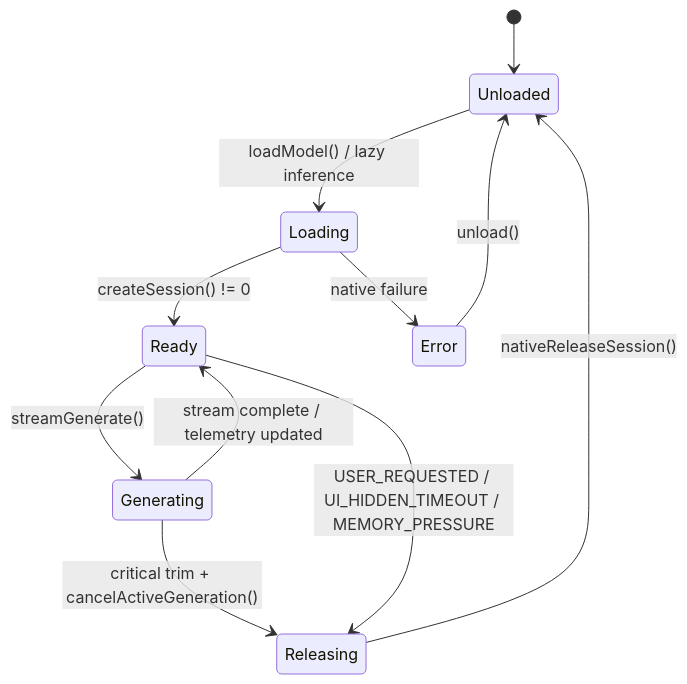
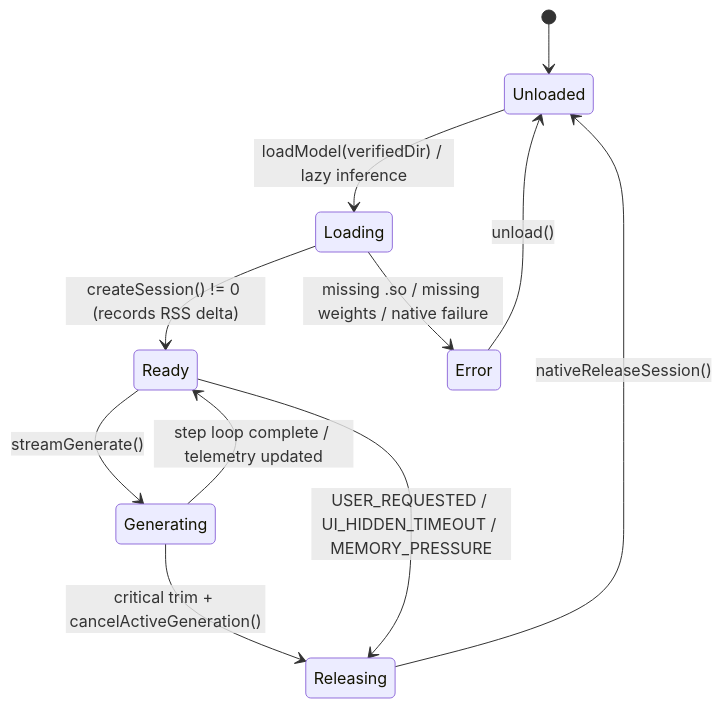
The second of 2 diagrams in docs/architecture.md (cinpeCan/Engram), drawn with Mermaid before and after one commit. The commit also changed other lines of this file and 6 other files, not shown here.

Commit message:
docs: align architecture charter and readme with streamlined workspace

````diff
--- a/docs/architecture.md
+++ b/docs/architecture.md
@@ -54,13 +52,13 @@
 ```mermaid
 stateDiagram-v2
     [*] --> Unloaded
-    Unloaded --> Loading : loadModel() / lazy inference
-    Loading --> Ready : createSession() != 0
-    Loading --> Error : native failure
+    Unloaded --> Loading : loadModel(verifiedDir) / lazy inference
+    Loading --> Ready : createSession() != 0 (records RSS delta)
+    Loading --> Error : missing .so / missing weights / native failure
     Ready --> Generating : streamGenerate()
-    Generating --> Ready : stream complete / telemetry updated
+    Generating --> Ready : step loop complete / telemetry updated
     Generating --> Releasing : critical trim + cancelActiveGeneration()
     Ready --> Releasing : USER_REQUESTED / UI_HIDDEN_TIMEOUT / MEMORY_PRESSURE
     Releasing --> Unloaded : nativeReleaseSession()
     Error --> Unloaded : unload()
 ```
````
